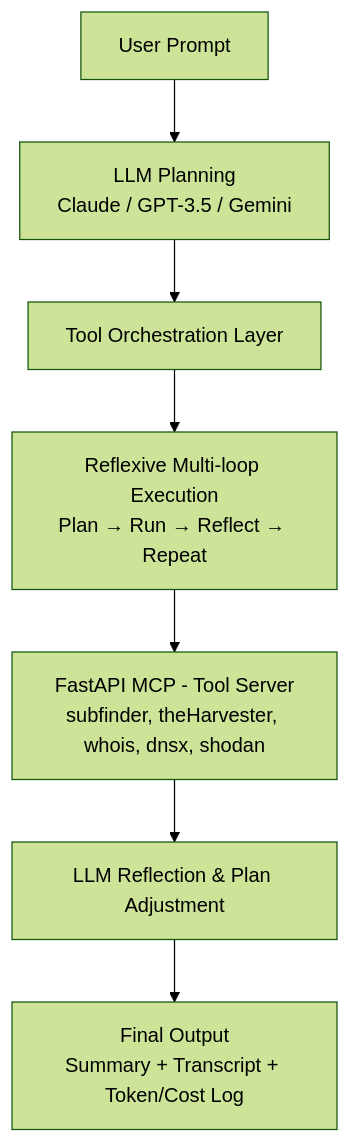
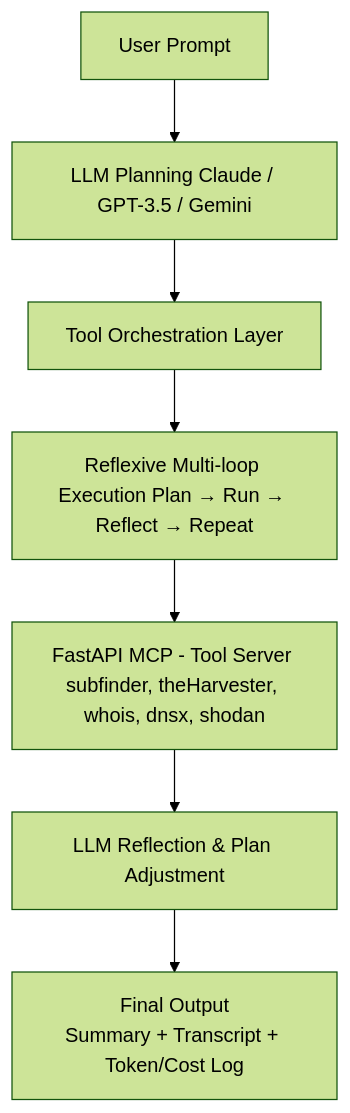
The diagram in README.md (Rohankaf/Osint-Agentic-AI), drawn with Mermaid (forest theme) before and after one commit.

````diff
--- a/README.md
+++ b/README.md
@@ -24,10 +24,10 @@
 ```mermaid
 graph TD
-    A[User Prompt] --> B[LLM Planning\nClaude / GPT-3.5 / Gemini]
+    A[User Prompt] --> B[LLM Planning Claude / GPT-3.5 / Gemini]
     B --> C[Tool Orchestration Layer]
-    C --> D[Reflexive Multi-loop Execution\nPlan → Run → Reflect → Repeat]
-    D --> E[FastAPI MCP - Tool Server\nsubfinder, theHarvester, whois, dnsx, shodan]
+    C --> D[Reflexive Multi-loop Execution Plan → Run → Reflect → Repeat]
+    D --> E[FastAPI MCP - Tool Server subfinder, theHarvester, whois, dnsx, shodan]
     E --> F[LLM Reflection & Plan Adjustment]
     F --> G[Final Output\nSummary + Transcript + Token/Cost Log]
 
 ```
````
